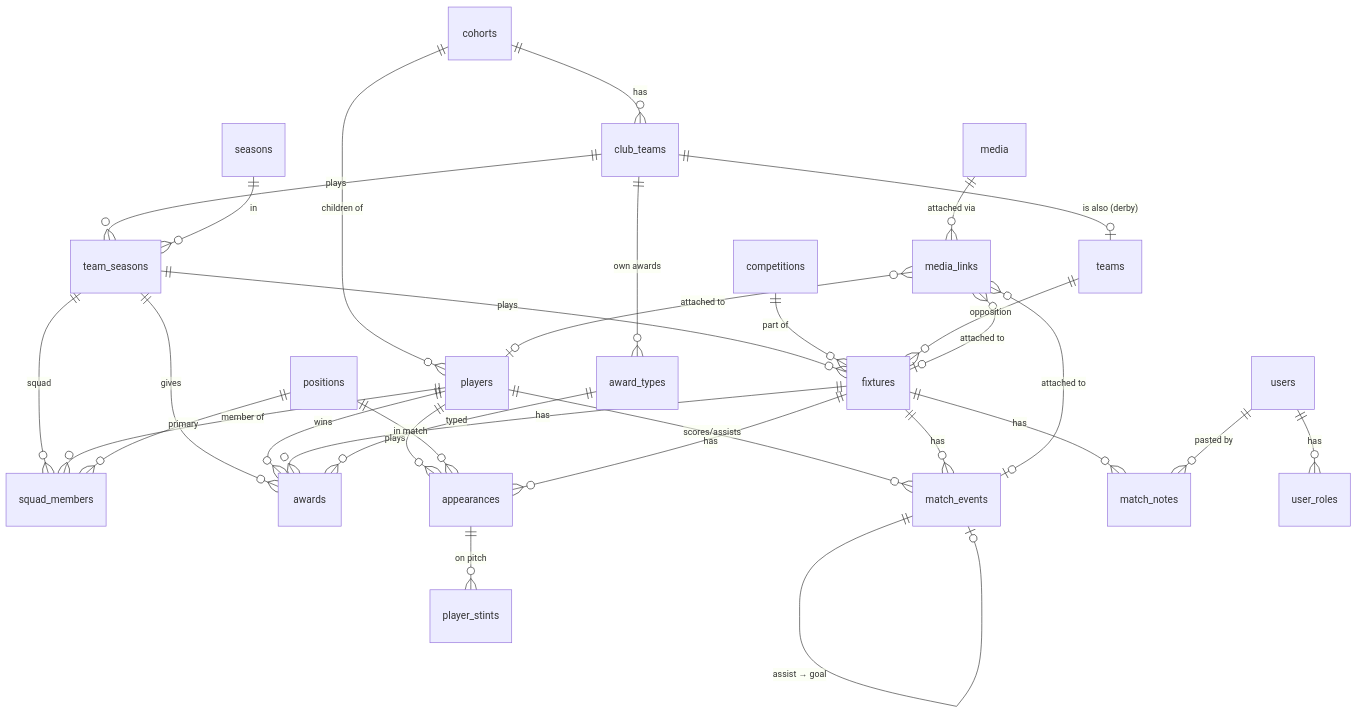
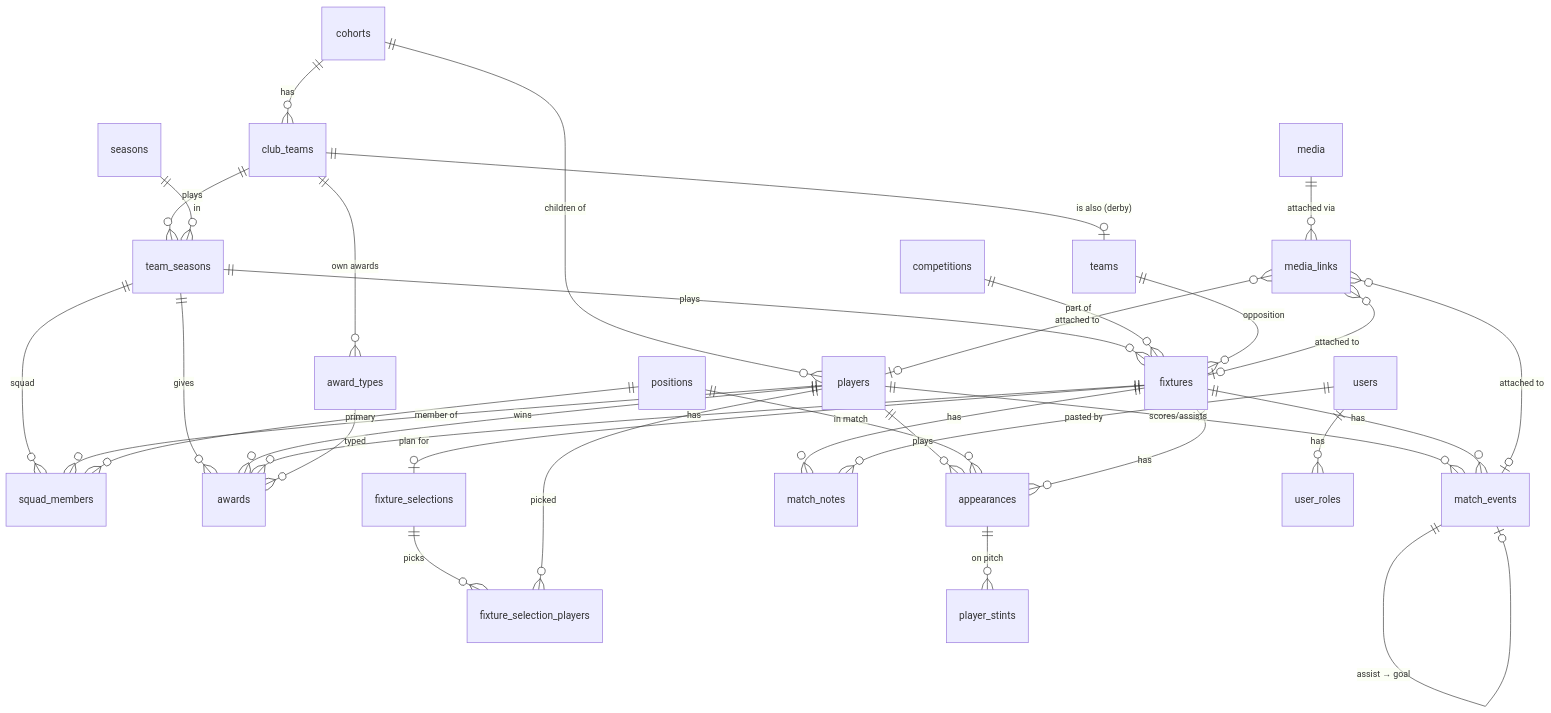
The diagram in docs/03-data-model.md (garethmd/abgfc-tracker), drawn with Mermaid before and after one commit. The commit also changed other lines of this file and 6 other files, not shown here.

````diff
--- a/docs/03-data-model.md
+++ b/docs/03-data-model.md
@@ -9,33 +9,36 @@
 ```mermaid
 erDiagram
     cohorts ||--o{ club_teams : "has"
     cohorts ||--o{ players : "children of"
     club_teams ||--o{ team_seasons : "plays"
     seasons ||--o{ team_seasons : "in"
     team_seasons ||--o{ squad_members : "squad"
     team_seasons ||--o{ fixtures : "plays"
     team_seasons ||--o{ awards : "gives"
     players ||--o{ squad_members : "member of"
     players ||--o{ appearances : "plays"
     players ||--o{ match_events : "scores/assists"
     players ||--o{ awards : "wins"
     positions ||--o{ squad_members : "primary"
     positions ||--o{ appearances : "in match"
     competitions ||--o{ fixtures : "part of"
     teams ||--o{ fixtures : "opposition"
     club_teams ||--o| teams : "is also (derby)"
     fixtures ||--o{ appearances : "has"
     fixtures ||--o{ match_events : "has"
     fixtures ||--o{ awards : "has"
     fixtures ||--o{ match_notes : "has"
+    fixtures ||--o| fixture_selections : "plan for"
+    fixture_selections ||--o{ fixture_selection_players : "picks"
+    players ||--o{ fixture_selection_players : "picked"
     appearances ||--o{ player_stints : "on pitch"
     match_events ||--o| match_events : "assist → goal"
     award_types ||--o{ awards : "typed"
     club_teams ||--o{ award_types : "own awards"
     media ||--o{ media_links : "attached via"
     media_links }o--o| fixtures : "attached to"
     media_links }o--o| players : "attached to"
     media_links }o--o| match_events : "attached to"
     users ||--o{ user_roles : "has"
     users ||--o{ match_notes : "pasted by"
 ```
````
